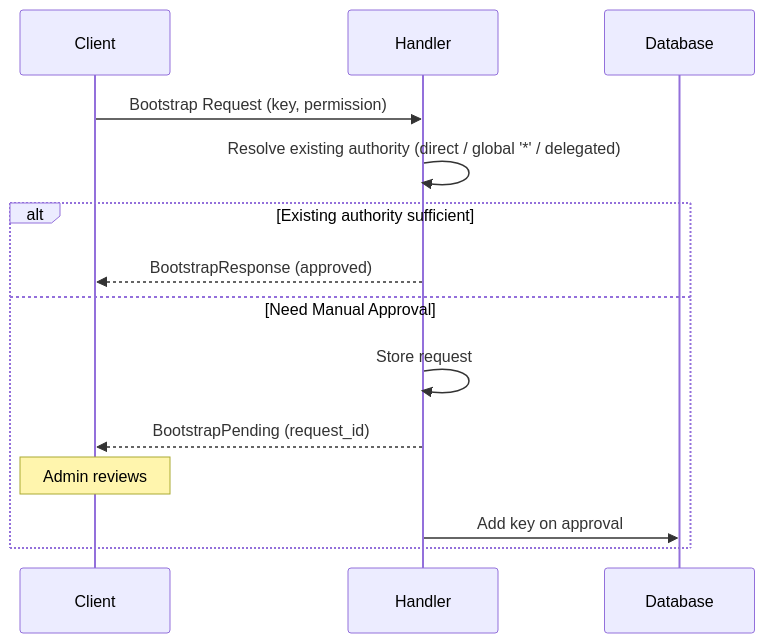
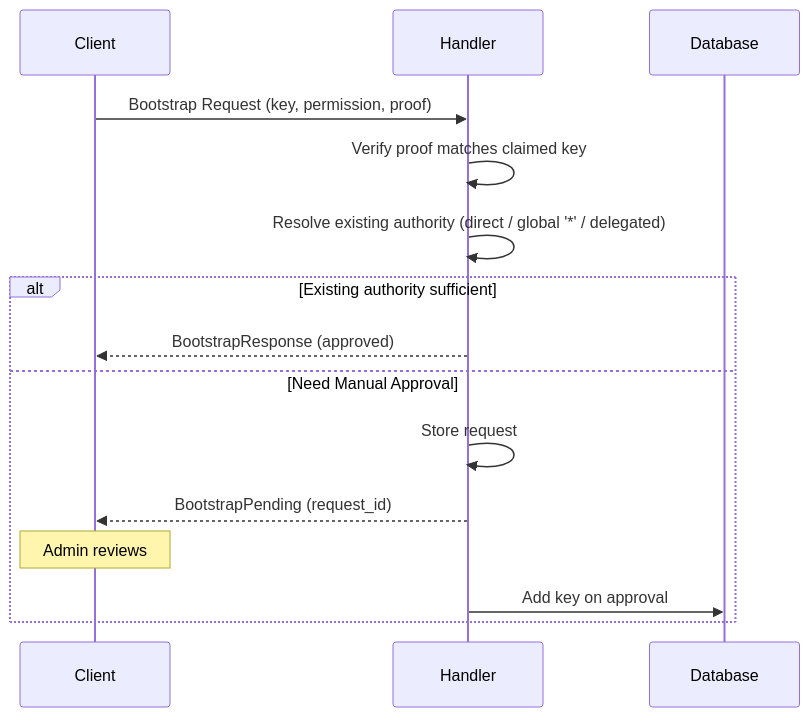
Before and after one commit to arcuru/eidetica: the diagram in docs/src/internal/bootstrap.md, drawn with Mermaid. The commit also changed other lines of this file and 7 other files, not shown here.

First line of the commit message:
fix(sync): prove bootstrap request ownership

````diff
--- a/docs/src/internal/bootstrap.md
+++ b/docs/src/internal/bootstrap.md
@@ -11,18 +11,19 @@
 ```mermaid
 sequenceDiagram
     participant Client
     participant Handler
     participant Database
 
-    Client->>Handler: Bootstrap Request (key, permission)
+    Client->>Handler: Bootstrap Request (key, permission, proof)
+    Handler->>Handler: Verify proof matches claimed key
     Handler->>Handler: Resolve existing authority (direct / global '*' / delegated)
 
     alt Existing authority sufficient
         Handler-->>Client: BootstrapResponse (approved)
     else Need Manual Approval
         Handler->>Handler: Store request
         Handler-->>Client: BootstrapPending (request_id)
         Note over Client: Admin reviews
         Handler->>Database: Add key on approval
     end
 ```
````
